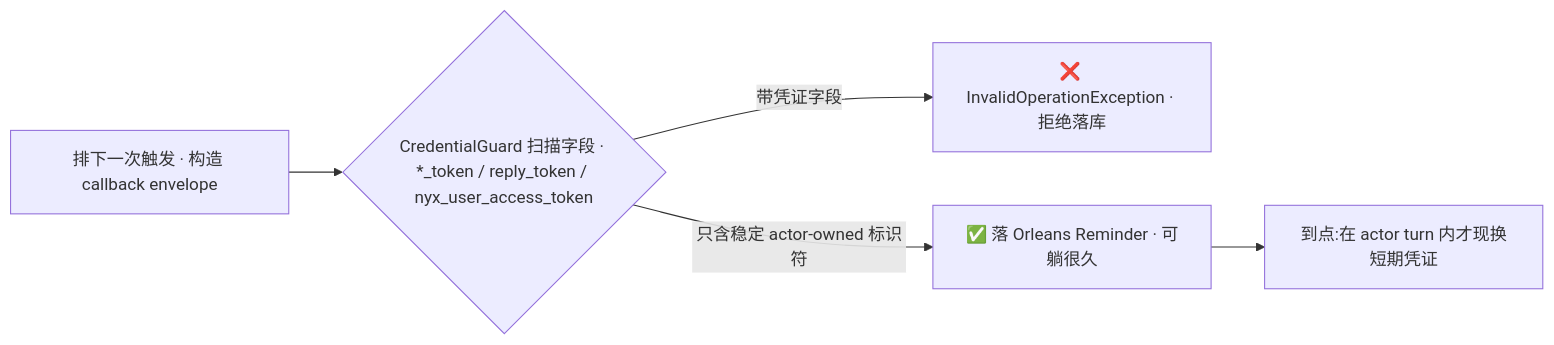
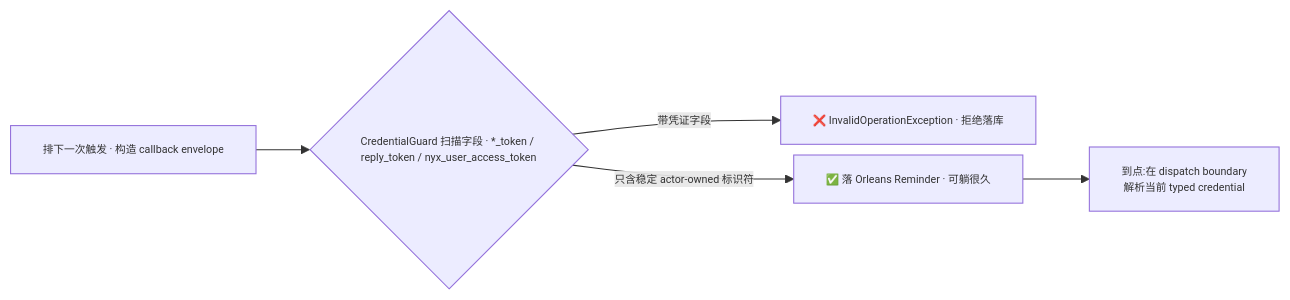
One commit to eanzhao-os/aevatar-review changed the third of 3 diagrams in 06/06-credentials-zero-standing-secrets.md. Above: the diagram before and after it, drawn with Mermaid. The commit also changed other lines of this file and 15 other files, not shown here.

````diff
--- a/06/06-credentials-zero-standing-secrets.md
+++ b/06/06-credentials-zero-standing-secrets.md
@@ -128,7 +133,8 @@
 ```mermaid
+%%{init: {"maxTextSize": 100000, "flowchart": {"useMaxWidth": false, "nodeSpacing": 10, "rankSpacing": 50}, "themeVariables": {"fontSize": "10px"}}}%%
 flowchart LR
     BUILD["排下一次触发 · 构造 callback envelope"] --> GUARD{"CredentialGuard 扫描字段 · *_token / reply_token / nyx_user_access_token"}
     GUARD -->|"带凭证字段"| THROW["❌ InvalidOperationException · 拒绝落库"]
     GUARD -->|"只含稳定 actor-owned 标识符"| PERSIST["✅ 落 Orleans Reminder · 可躺很久"]
-    PERSIST --> FIRE["到点:在 actor turn 内才现换短期凭证"]
+    PERSIST --> FIRE["到点:在 dispatch boundary<br/>解析当前 typed credential"]
 ```
````
